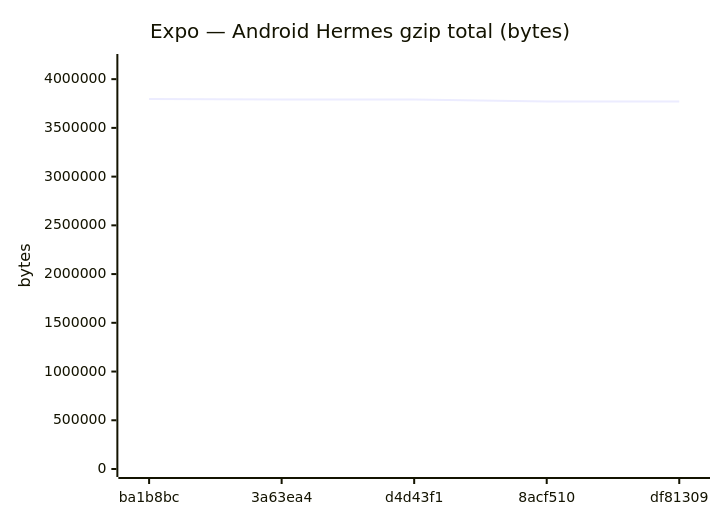
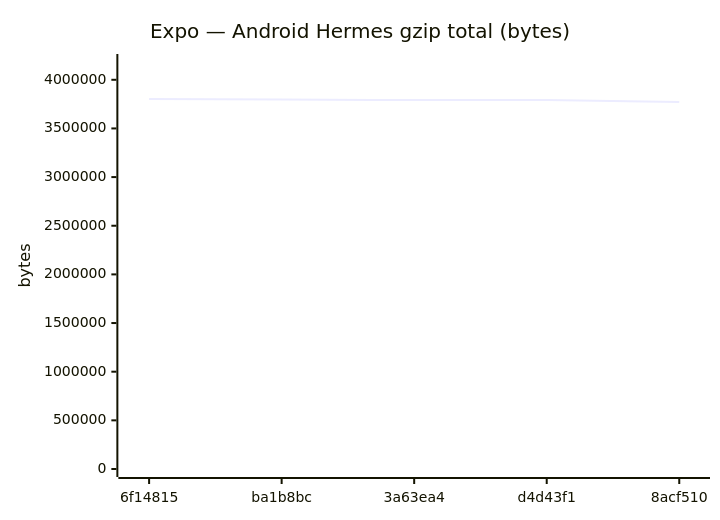
Before and after one commit to Metaheurist/Rianell: diagram 11 of 18 in benchmarks/compare.md, drawn with Mermaid. The commit also changed other lines of this file and 11 other files, not shown here.

````diff
--- a/benchmarks/compare.md
+++ b/benchmarks/compare.md
@@ -172,7 +172,7 @@
 ```mermaid
 xychart-beta
     title "Expo — Android Hermes gzip total (bytes)"
-    x-axis ["ba1b8bc", "3a63ea4", "d4d43f1", "8acf510", "df81309"]
-    y-axis "bytes" 0 --> 4176016
-    line [3796378, 3791714, 3791716, 3770636, 3770634]
+    x-axis ["6f14815", "ba1b8bc", "3a63ea4", "d4d43f1", "8acf510"]
+    y-axis "bytes" 0 --> 4182780
+    line [3802527, 3796378, 3791714, 3791716, 3770636]
 ```
````
